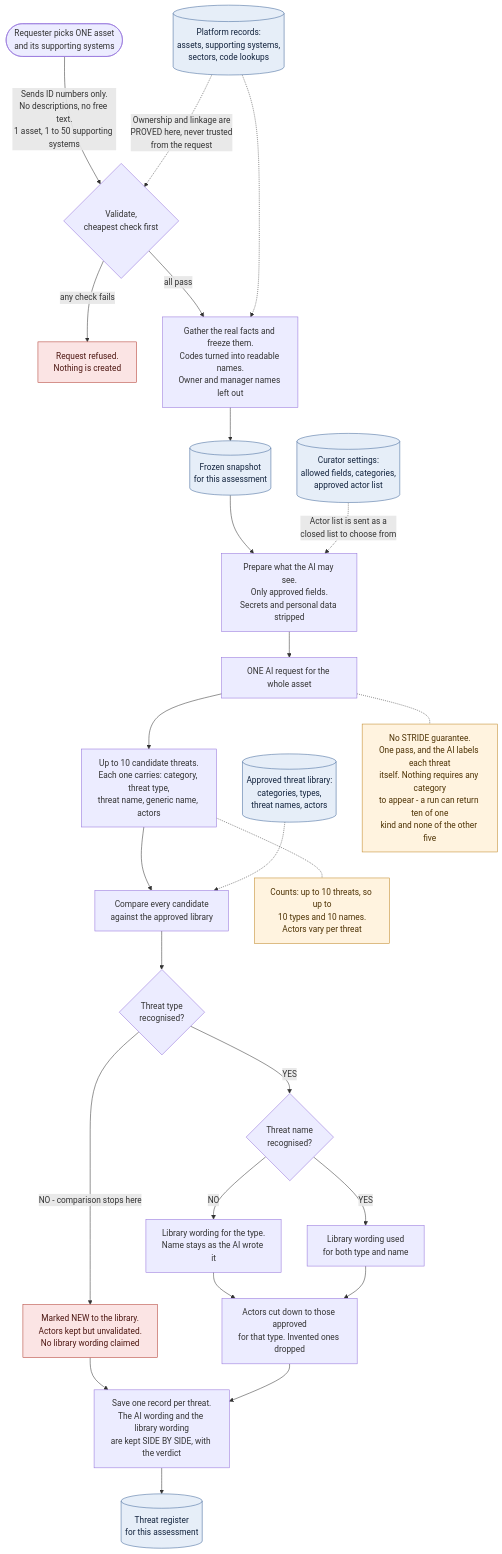
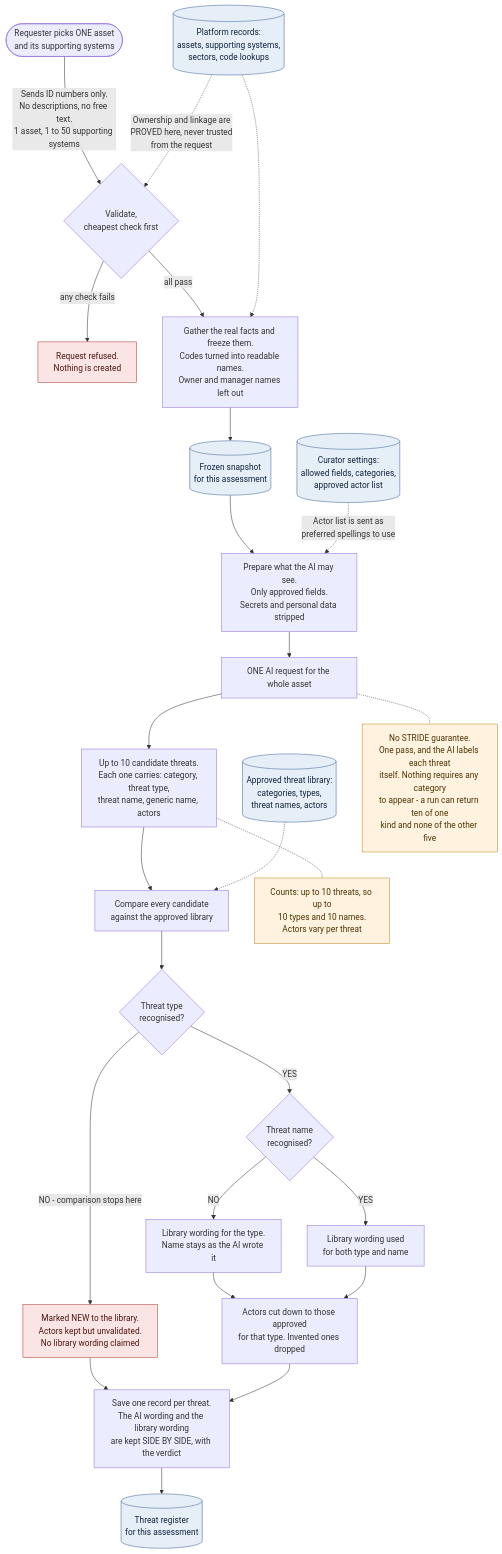
Before and after one commit to gopalchettri/tsg: the first of 4 diagrams in docs/TSG_DATA_FLOW_DIAGRAMS.md, drawn with Mermaid. The commit also changed 41 other files, not shown here.

````diff
--- a/docs/TSG_DATA_FLOW_DIAGRAMS.md
+++ b/docs/TSG_DATA_FLOW_DIAGRAMS.md
@@ -24,56 +24,56 @@
 ```mermaid
 flowchart TD
     REQ(["Requester picks ONE asset<br/>and its supporting systems"])
 
     REQ -->|"Sends ID numbers only.<br/>No descriptions, no free text.<br/>1 asset, 1 to 50 supporting systems"| V
 
     V{"Validate,<br/>cheapest check first"}
     V -->|"any check fails"| STOP["Request refused.<br/>Nothing is created"]
     V -->|"all pass"| GATHER
 
     PLAT[("Platform records:<br/>assets, supporting systems,<br/>sectors, code lookups")]
     PLAT -.->|"Ownership and linkage are<br/>PROVED here, never trusted<br/>from the request"| V
 
     GATHER["Gather the real facts and freeze them.<br/>Codes turned into readable names.<br/>Owner and manager names left out"]
     PLAT -.-> GATHER
     GATHER --> SNAP[("Frozen snapshot<br/>for this assessment")]
 
     SNAP --> PREP["Prepare what the AI may see.<br/>Only approved fields.<br/>Secrets and personal data stripped"]
     CFG[("Curator settings:<br/>allowed fields, categories,<br/>approved actor list")]
-    CFG -.->|"Actor list is sent as a<br/>closed list to choose from"| PREP
+    CFG -.->|"Actor list is sent as<br/>preferred spellings to use"| PREP
 
     PREP --> AI["ONE AI request for the whole asset"]
     AI --> OUT["Up to 10 candidate threats.<br/>Each one carries: category, threat type,<br/>threat name, generic name, actors"]
 
     OUT --> CMP["Compare every candidate<br/>against the approved library"]
     LIB[("Approved threat library:<br/>categories, types,<br/>threat names, actors")]
     LIB -.-> CMP
 
     CMP --> T{"Threat type<br/>recognised?"}
     T -->|"NO - comparison stops here"| NEW["Marked NEW to the library.<br/>Actors kept but unvalidated.<br/>No library wording claimed"]
     T -->|"YES"| N{"Threat name<br/>recognised?"}
     N -->|"NO"| PART["Library wording for the type.<br/>Name stays as the AI wrote it"]
     N -->|"YES"| FULL["Library wording used<br/>for both type and name"]
 
     PART --> ACT
     FULL --> ACT
     ACT["Actors cut down to those approved<br/>for that type. Invented ones dropped"]
 
     NEW --> SAVE
     ACT --> SAVE
     SAVE["Save one record per threat.<br/>The AI wording and the library wording<br/>are kept SIDE BY SIDE, with the verdict"]
     SAVE --> REG[("Threat register<br/>for this assessment")]
 
     NOTE1["No STRIDE guarantee.<br/>One pass, and the AI labels each threat<br/>itself. Nothing requires any category<br/>to appear - a run can return ten of one<br/>kind and none of the other five"]
     NOTE2["Counts: up to 10 threats, so up to<br/>10 types and 10 names.<br/>Actors vary per threat"]
 
     AI -.- NOTE1
     OUT -.- NOTE2
 
     classDef store fill:#e6eef8,stroke:#3f6699,color:#12233d
     classDef note fill:#fff3df,stroke:#bf8524,color:#4d3204
     classDef halt fill:#fbe4e4,stroke:#b03a2e,color:#4d1712
     class PLAT,SNAP,CFG,LIB,REG store
     class NOTE1,NOTE2 note
     class STOP,NEW halt
 ```
````
